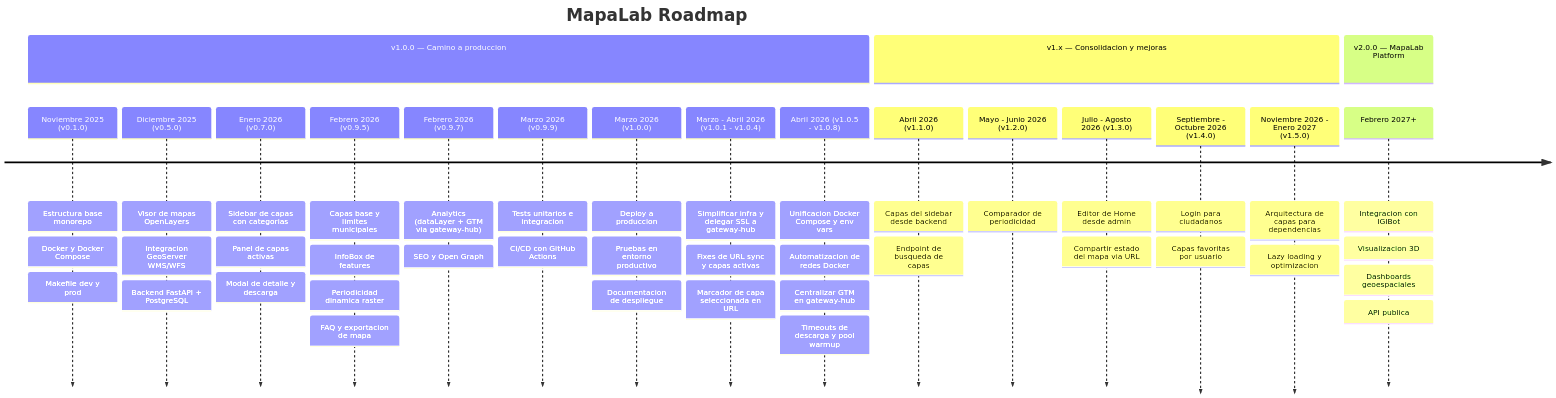
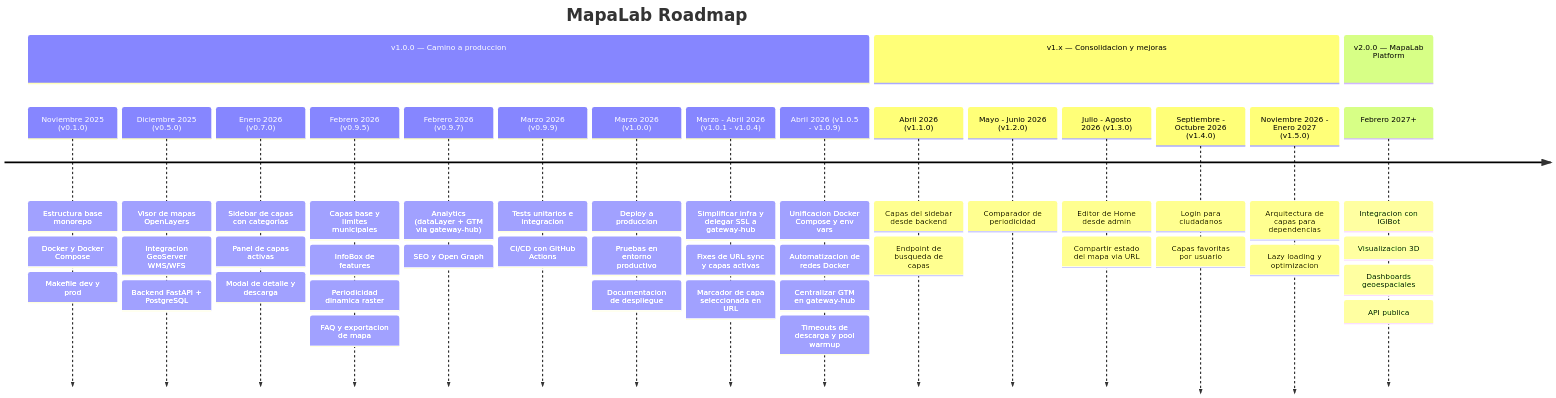
One commit to iieg-oficial/mapalab changed the diagram in docs/roadmap.md. Above: the diagram before and after it, drawn with Mermaid. The commit also changed other lines of this file and 11 other files, not shown here.

````diff
--- a/docs/roadmap.md
+++ b/docs/roadmap.md
@@ -5,62 +5,62 @@
 ```mermaid
 timeline
     title MapaLab Roadmap
     section v1.0.0 — Camino a produccion
         Noviembre 2025 (v0.1.0)
             : Estructura base monorepo
             : Docker y Docker Compose
             : Makefile dev y prod
         Diciembre 2025 (v0.5.0)
             : Visor de mapas OpenLayers
             : Integracion GeoServer WMS/WFS
             : Backend FastAPI + PostgreSQL
         Enero 2026 (v0.7.0)
             : Sidebar de capas con categorias
             : Panel de capas activas
             : Modal de detalle y descarga
         Febrero 2026 (v0.9.5)
             : Capas base y limites municipales
             : InfoBox de features
             : Periodicidad dinamica raster
             : FAQ y exportacion de mapa
         Febrero 2026 (v0.9.7)
             : Analytics (dataLayer + GTM via gateway-hub)
             : SEO y Open Graph
         Marzo 2026 (v0.9.9)
             : Tests unitarios e integracion
             : CI/CD con GitHub Actions
         Marzo 2026 (v1.0.0)
             : Deploy a produccion
             : Pruebas en entorno productivo
             : Documentacion de despliegue
         Marzo - Abril 2026 (v1.0.1 - v1.0.4)
             : Simplificar infra y delegar SSL a gateway-hub
             : Fixes de URL sync y capas activas
             : Marcador de capa seleccionada en URL
-        Abril 2026 (v1.0.5 - v1.0.8)
+        Abril 2026 (v1.0.5 - v1.0.9)
             : Unificacion Docker Compose y env vars
             : Automatizacion de redes Docker
             : Centralizar GTM en gateway-hub
             : Timeouts de descarga y pool warmup
     section v1.x — Consolidacion y mejoras
         Abril 2026 (v1.1.0)
             : Capas del sidebar desde backend
             : Endpoint de busqueda de capas
         Mayo - Junio 2026 (v1.2.0)
             : Comparador de periodicidad
         Julio - Agosto 2026 (v1.3.0)
             : Editor de Home desde admin
             : Compartir estado del mapa via URL
         Septiembre - Octubre 2026 (v1.4.0)
             : Login para ciudadanos
             : Capas favoritas por usuario
         Noviembre 2026 - Enero 2027 (v1.5.0)
             : Arquitectura de capas para dependencias
             : Lazy loading y optimizacion
     section v2.0.0 — MapaLab Platform
         Febrero 2027+
             : Integracion con IGIBot
             : Visualizacion 3D
             : Dashboards geoespaciales
             : API publica
 ```
````
